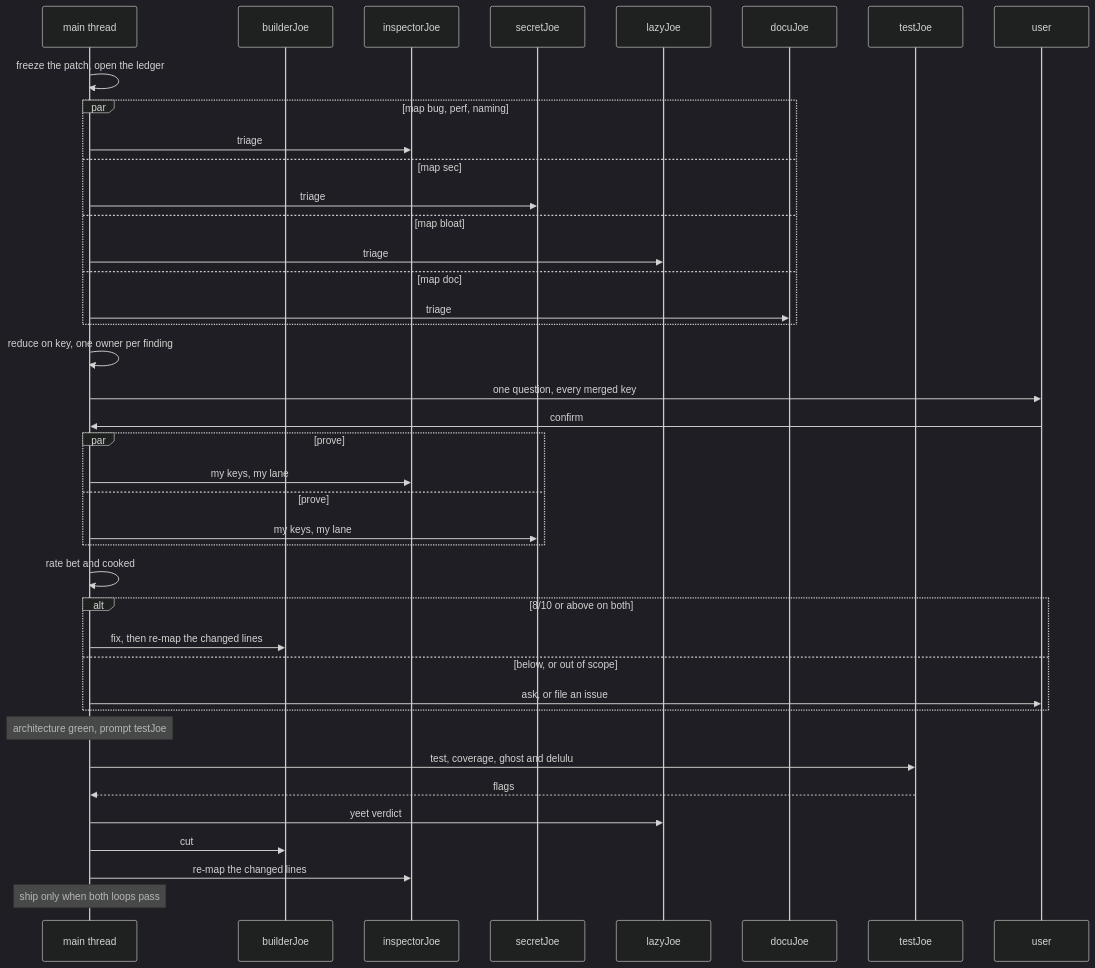
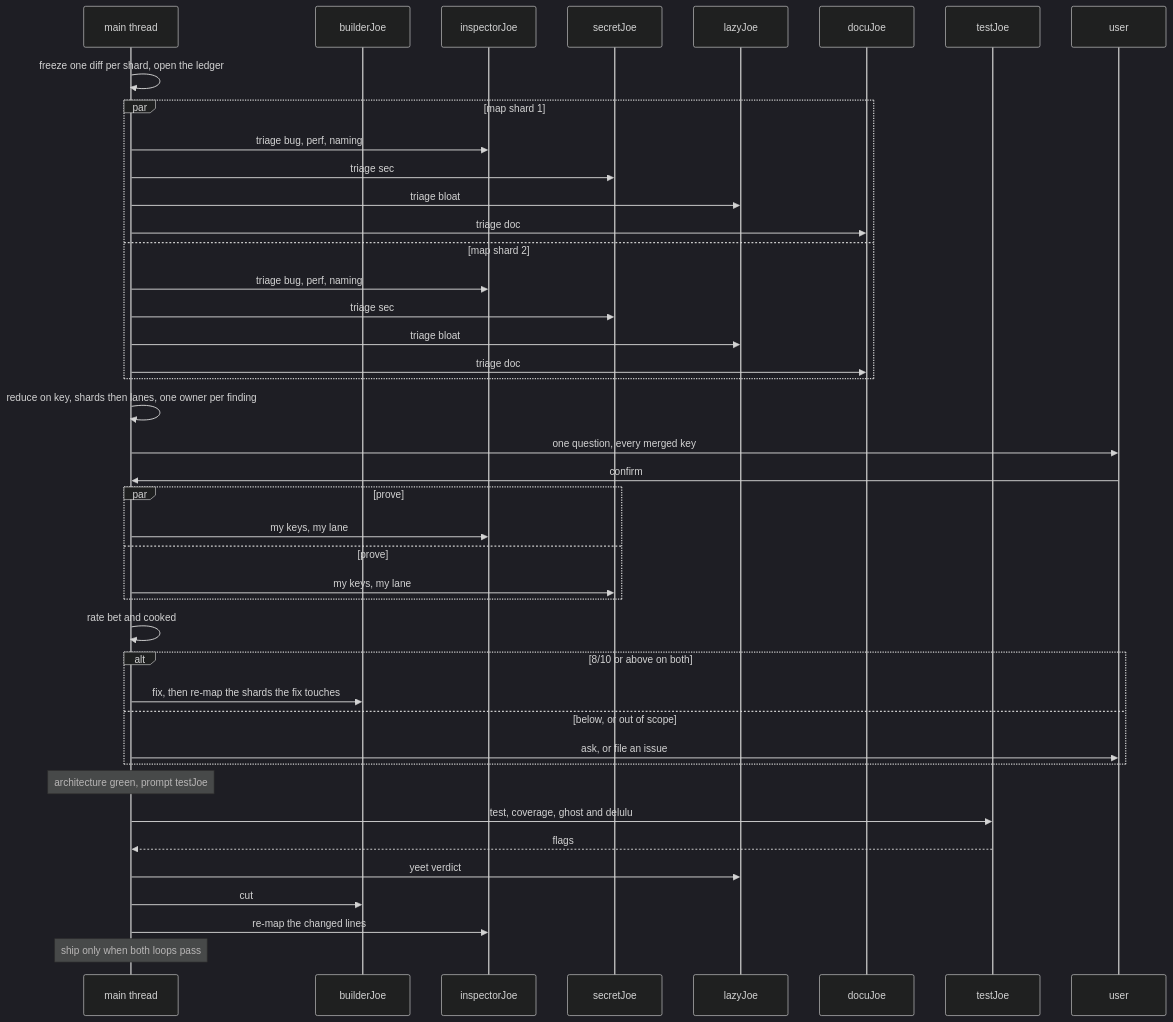
Before and after one commit to codingjoe/superjoe: the diagram in skills/superjoe/SKILL.md, drawn with Mermaid (dark theme). The commit also changed other lines of this file and 10 other files, not shown here.

First line of the commit message:
Shard the map so one worker loads one chunk

````diff
--- a/skills/superjoe/SKILL.md
+++ b/skills/superjoe/SKILL.md
@@ -169,43 +175,45 @@
 ```mermaid
 sequenceDiagram
     participant Main as main thread
     participant B as builderJoe
     participant I as inspectorJoe
     participant S as secretJoe
     participant L as lazyJoe
     participant D as docuJoe
     participant T as testJoe
     participant U as user
 
-    Main->>Main: freeze the patch, open the ledger
-    par map bug, perf, naming
-        Main->>I: triage
-    and map sec
-        Main->>S: triage
-    and map bloat
-        Main->>L: triage
-    and map doc
-        Main->>D: triage
+    Main->>Main: freeze one diff per shard, open the ledger
+    par map shard 1
+        Main->>I: triage bug, perf, naming
+        Main->>S: triage sec
+        Main->>L: triage bloat
+        Main->>D: triage doc
+    and map shard 2
+        Main->>I: triage bug, perf, naming
+        Main->>S: triage sec
+        Main->>L: triage bloat
+        Main->>D: triage doc
     end
-    Main->>Main: reduce on key, one owner per finding
+    Main->>Main: reduce on key, shards then lanes, one owner per finding
     Main->>U: one question, every merged key
     U->>Main: confirm
     par prove
         Main->>I: my keys, my lane
     and prove
         Main->>S: my keys, my lane
     end
     Main->>Main: rate bet and cooked
     alt 8/10 or above on both
-        Main->>B: fix, then re-map the changed lines
+        Main->>B: fix, then re-map the shards the fix touches
     else below, or out of scope
         Main->>U: ask, or file an issue
     end
     Note over Main: architecture green, prompt testJoe
     Main->>T: test, coverage, ghost and delulu
     T-->>Main: flags
     Main->>L: yeet verdict
     Main->>B: cut
     Main->>I: re-map the changed lines
     Note over Main: ship only when both loops pass
 ```
````
